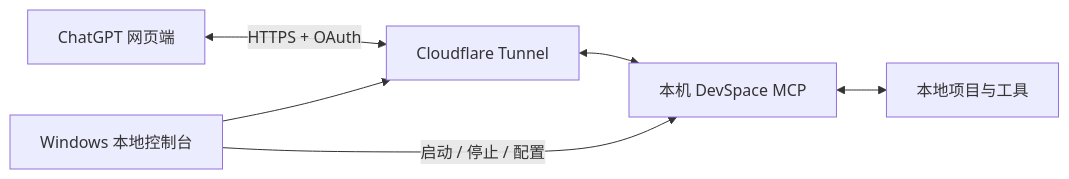
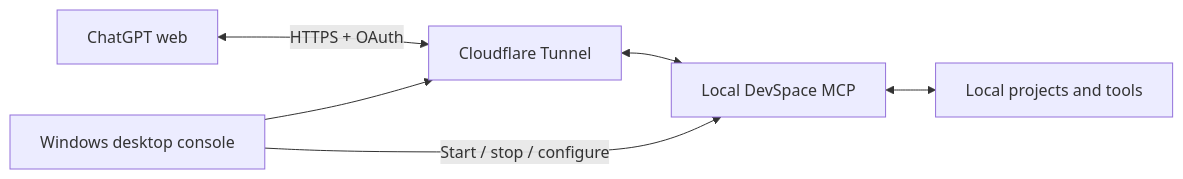
Before and after one commit to azuremgd/chatgpt-local-bridge: the diagram in README.md, drawn with Mermaid. The commit also changed other lines of this file and 3 other files, not shown here.

````diff
--- a/README.md
+++ b/README.md
@@ -65,8 +65,8 @@
 ```mermaid
 flowchart LR
-    Web["ChatGPT 网页端"] <-->|HTTPS + OAuth| Tunnel["Cloudflare Tunnel"]
-    Tunnel <--> Server["本机 DevSpace MCP"]
-    Server <--> Projects["本地项目与工具"]
-    Console["Windows 本地控制台"] -->|启动 / 停止 / 配置| Server
+    Web["ChatGPT web"] <-->|HTTPS + OAuth| Tunnel["Cloudflare Tunnel"]
+    Tunnel <--> Server["Local DevSpace MCP"]
+    Server <--> Projects["Local projects and tools"]
+    Console["Windows desktop console"] -->|Start / stop / configure| Server
     Console --> Tunnel
 ```
````
